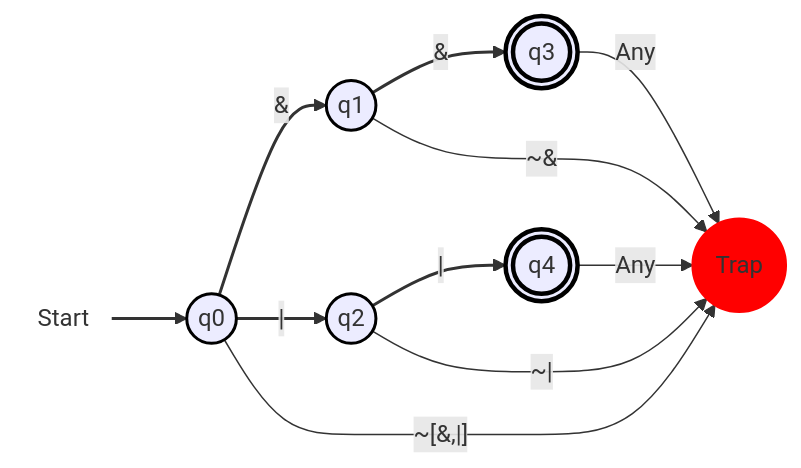
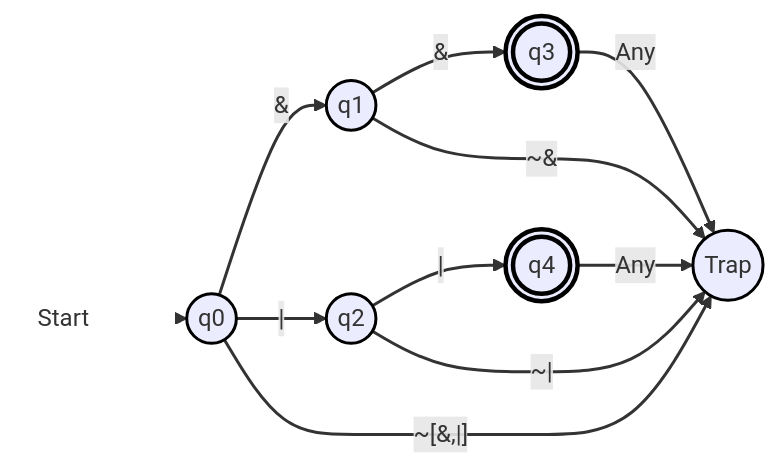
One commit to CS-Tiny-Compiler/a-tiny-compiler changed the ninth of 9 diagrams in docs/DFA.md. Above: the diagram before and after it, drawn with Mermaid. The commit also changed other lines of this file, not shown here.

First line of the commit message:
made line colors consistent and trap state have a black color

````diff
--- a/docs/DFA.md
+++ b/docs/DFA.md
@@ -309,22 +305,22 @@
 ```mermaid
 flowchart LR
   start(((Start))):::startNode --> q0(("q0")):::normal
   q0 --> |#38;| q1(("q1")):::normal
   q1 --> |#38;| q3((("q3"))):::finalState
   q0 --> |#124;| q2(("q2")):::normal
   q2 --> |#124;| q4((("q4"))):::finalState
-  q0 --> |"~[#38;,#124;]"| trap((("Trap"))):::trap
-  q1 --> |"~#38;"| trap((("Trap"))):::trap
-  q2 --> |"~#124;"| trap((("Trap"))):::trap
-  q3 --> |"Any"| trap((("Trap"))):::trap
-  q4 --> |"Any"| trap((("Trap"))):::trap
+  q0 --> |"~[#38;,#124;]"| trap(("Trap")):::trap
+  q1 --> |"~#38;"| trap(("Trap")):::trap
+  q2 --> |"~#124;"| trap(("Trap")):::trap
+  q3 --> |"Any"| trap(("Trap")):::trap
+  q4 --> |"Any"| trap(("Trap")):::trap
 
 
   classDef startNode fill:none,stroke:none;
   classDef normal stroke:#000,stroke-width:2px;
   classDef finalState stroke:#000,stroke-width:3px;
-  classDef trap fill:#f00,stroke:#f00,stroke-width:2px;
+  classDef trap stroke:#000,stroke-width:2px;
 
-  linkStyle 0 stroke-width:2px;
-  linkStyle 1,2,3,4 stroke:#333,stroke-width:2px,fill:none;
+  linkStyle 0 stroke:white;
+  linkStyle default stroke:#333,stroke-width:2px,fill:none;
 ```
````
